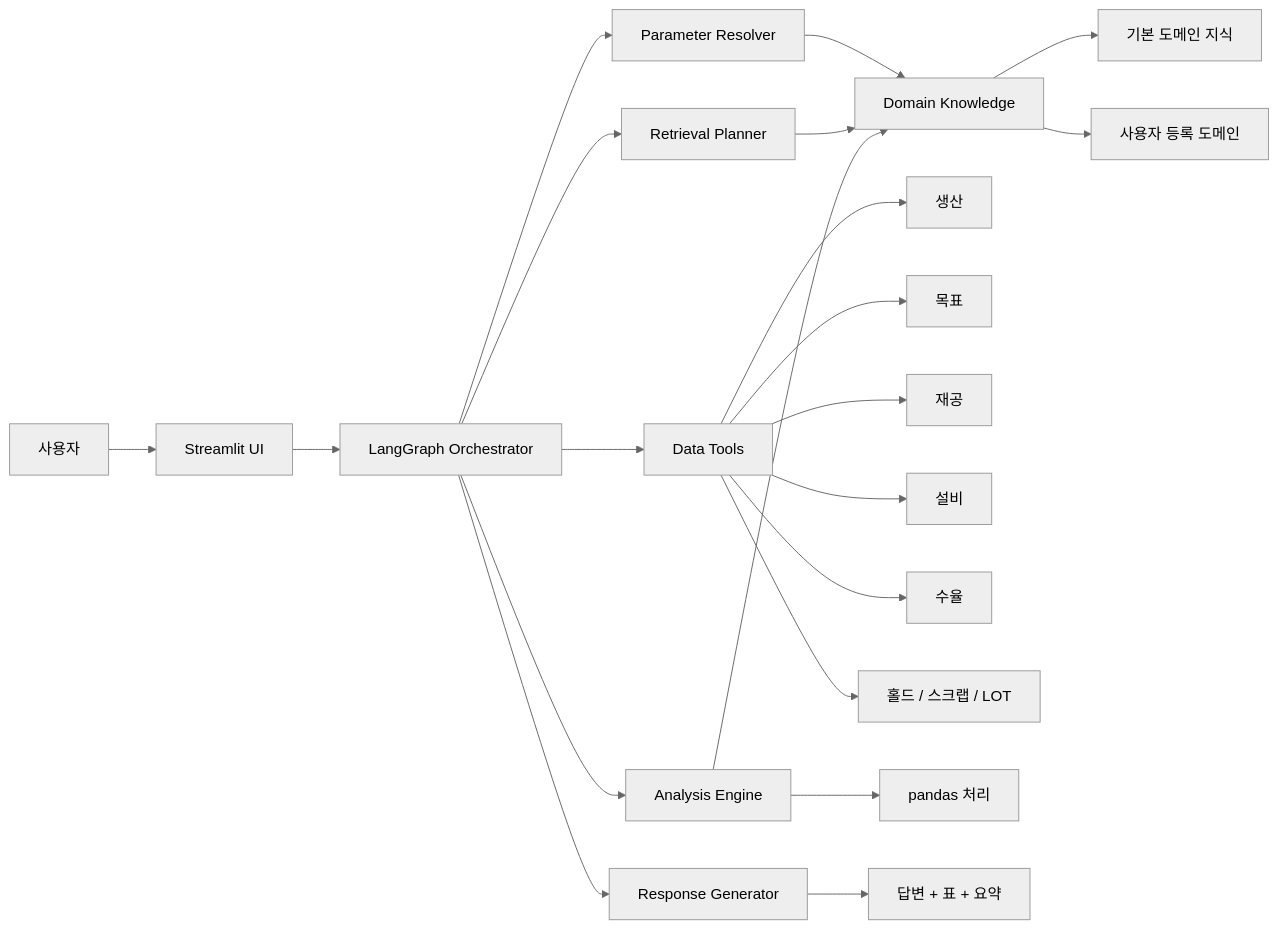
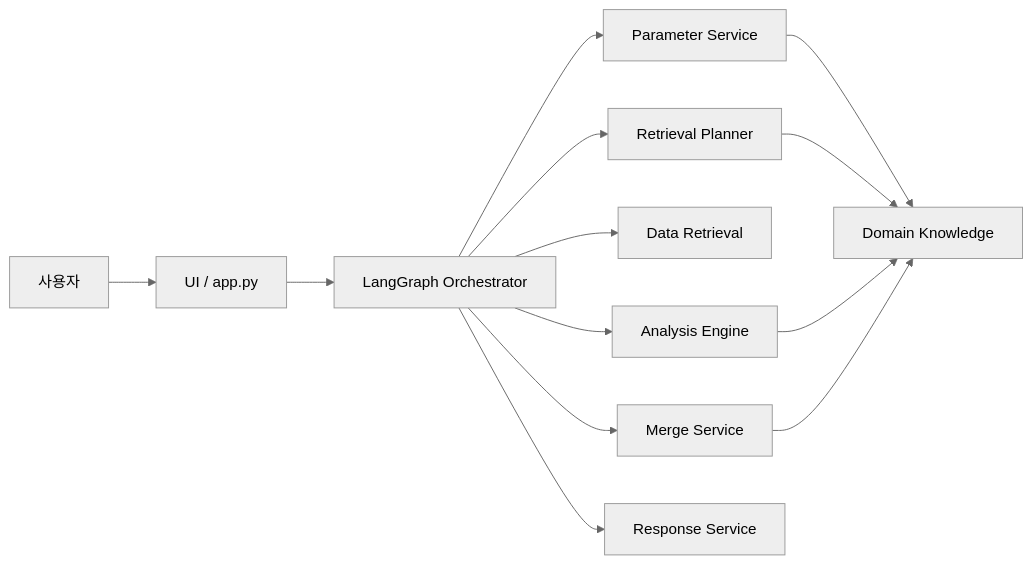
Before and after one commit to bongG-moon/agent_test_v2: the third of 5 diagrams in reference_materials/docs/MANUFACTURING_AGENT_DIAGRAMS.md, drawn with Mermaid (neutral theme). The commit also changed other lines of this file and 15 other files, not shown here.

````diff
--- a/reference_materials/docs/MANUFACTURING_AGENT_DIAGRAMS.md
+++ b/reference_materials/docs/MANUFACTURING_AGENT_DIAGRAMS.md
@@ -135,28 +55,17 @@
 ```mermaid
 flowchart LR
-    U["사용자"] --> UI["Streamlit UI"]
+    U["사용자"] --> UI["UI / app.py"]
     UI --> ORCH["LangGraph Orchestrator"]
 
-    ORCH --> PR["Parameter Resolver"]
+    ORCH --> PR["Parameter Service"]
     ORCH --> TP["Retrieval Planner"]
-    ORCH --> DT["Data Tools"]
+    ORCH --> DT["Data Retrieval"]
+    ORCH --> MS["Merge Service"]
     ORCH --> AE["Analysis Engine"]
-    ORCH --> RG["Response Generator"]
+    ORCH --> RS["Response Service"]
 
     PR --> DK["Domain Knowledge"]
     TP --> DK
     AE --> DK
-
-    DK --> BK["기본 도메인 지식"]
-    DK --> CK["사용자 등록 도메인"]
-
-    DT --> D1["생산"]
-    DT --> D2["목표"]
-    DT --> D3["재공"]
-    DT --> D4["설비"]
-    DT --> D5["수율"]
-    DT --> D6["홀드 / 스크랩 / LOT"]
-
-    AE --> PD["pandas 처리"]
-    RG --> OUT["답변 + 표 + 요약"]
+    MS --> DK
 ```
````
